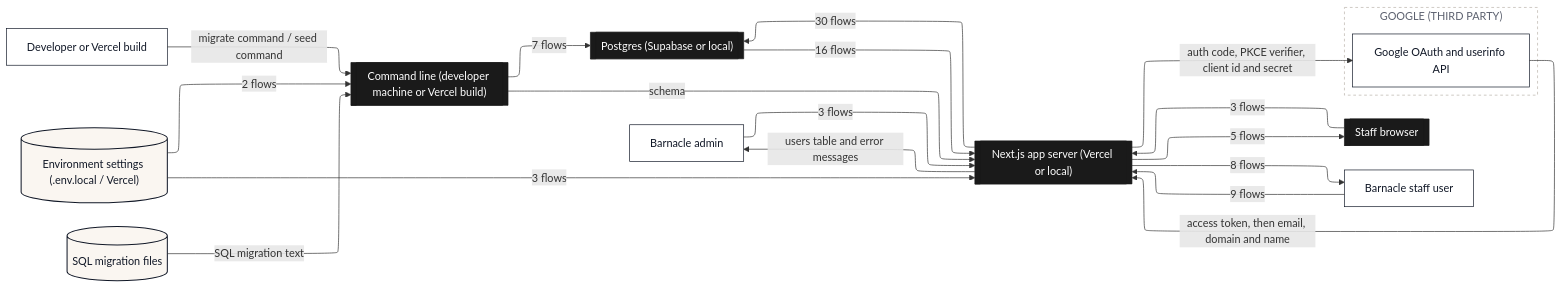
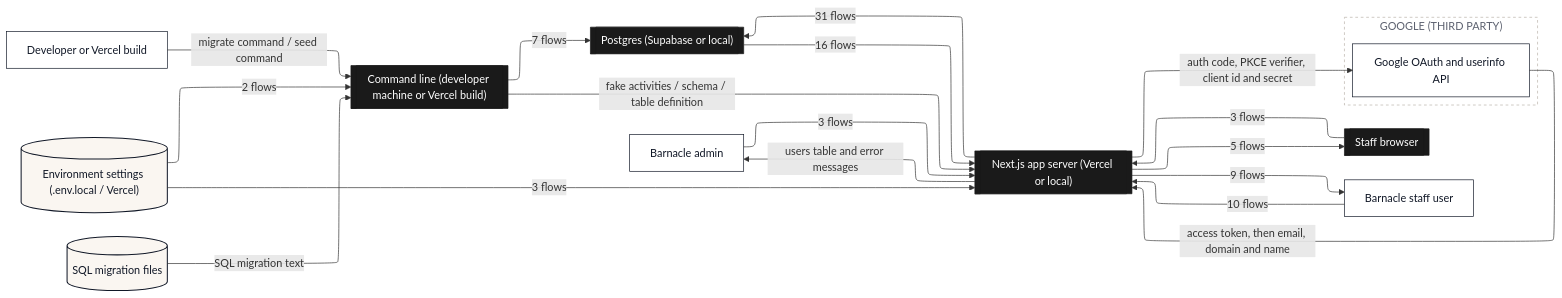
One commit to Romain-Perche/Barnacle-Pipe changed the second of 10 diagrams in dataflow/DATAFLOW.md. Above: the diagram before and after it, drawn with Mermaid. The commit also changed other lines of this file and 11 other files, not shown here.

````diff
--- a/dataflow/DATAFLOW.md
+++ b/dataflow/DATAFLOW.md
@@ -92,45 +92,45 @@
 ```mermaid
 ---
 config:
   layout: elk
 ---
 flowchart LR
     n1[["Next.js app server (Vercel or local)"]]
     n2[["Staff browser"]]
     n3[["Command line (developer machine or Vercel build)"]]
     n4[["Postgres (Supabase or local)"]]
     n5["Barnacle admin"]
     n6["Developer or Vercel build"]
     n7[("Environment settings (.env.local / Vercel)")]
     n8[("SQL migration files")]
     n9["Barnacle staff user"]
     subgraph z1["GOOGLE (THIRD PARTY)"]
         n10["Google OAuth and userinfo API"]
     end
+    n1 -->|"31 flows"| n4
+    n1 -->|"9 flows"| n9
     n5 -->|"3 flows"| n1
-    n1 -->|"8 flows"| n9
     n2 -->|"3 flows"| n1
-    n1 -->|"30 flows"| n4
     n4 -->|"16 flows"| n1
     n6 -->|"migrate command / seed command"| n3
     n7 -->|"3 flows"| n1
     n7 -->|"2 flows"| n3
     n1 -->|"5 flows"| n2
     n1 -->|"auth code, PKCE verifier, client id and secret"| n10
     n10 -->|"access token, then email, domain and name"| n1
+    n3 -->|"fake activities / schema / table definition"| n1
     n3 -->|"7 flows"| n4
-    n3 -->|"schema"| n1
     n8 -->|"SQL migration text"| n3
-    n9 -->|"9 flows"| n1
+    n9 -->|"10 flows"| n1
     n1 -->|"users table and error messages"| n5
     classDef actor fill:#FFFFFF,stroke:#111827,stroke-width:1px,color:#111827
     classDef process fill:#EDEAFF,stroke:#2B00FF,stroke-width:1.5px,color:#111827
     classDef store fill:#FAF6F1,stroke:#111827,stroke-width:1.5px,color:#111827
     classDef zone fill:#1A1A1A,stroke:#1A1A1A,color:#FFFFFF
     classDef group fill:#2B00FF,stroke:#2B00FF,color:#FFFFFF
     classDef stub fill:#FFFFFF,stroke:#2B00FF,stroke-width:1.5px,stroke-dasharray:5 4,color:#2B00FF
     class n5,n6,n9,n10 actor
     class n7,n8 store
     class n1,n2,n3,n4 zone
     style z1 fill:#FFFFFF,stroke:#B9B2A8,stroke-dasharray:4 4,color:#5D6270
 ```
````
